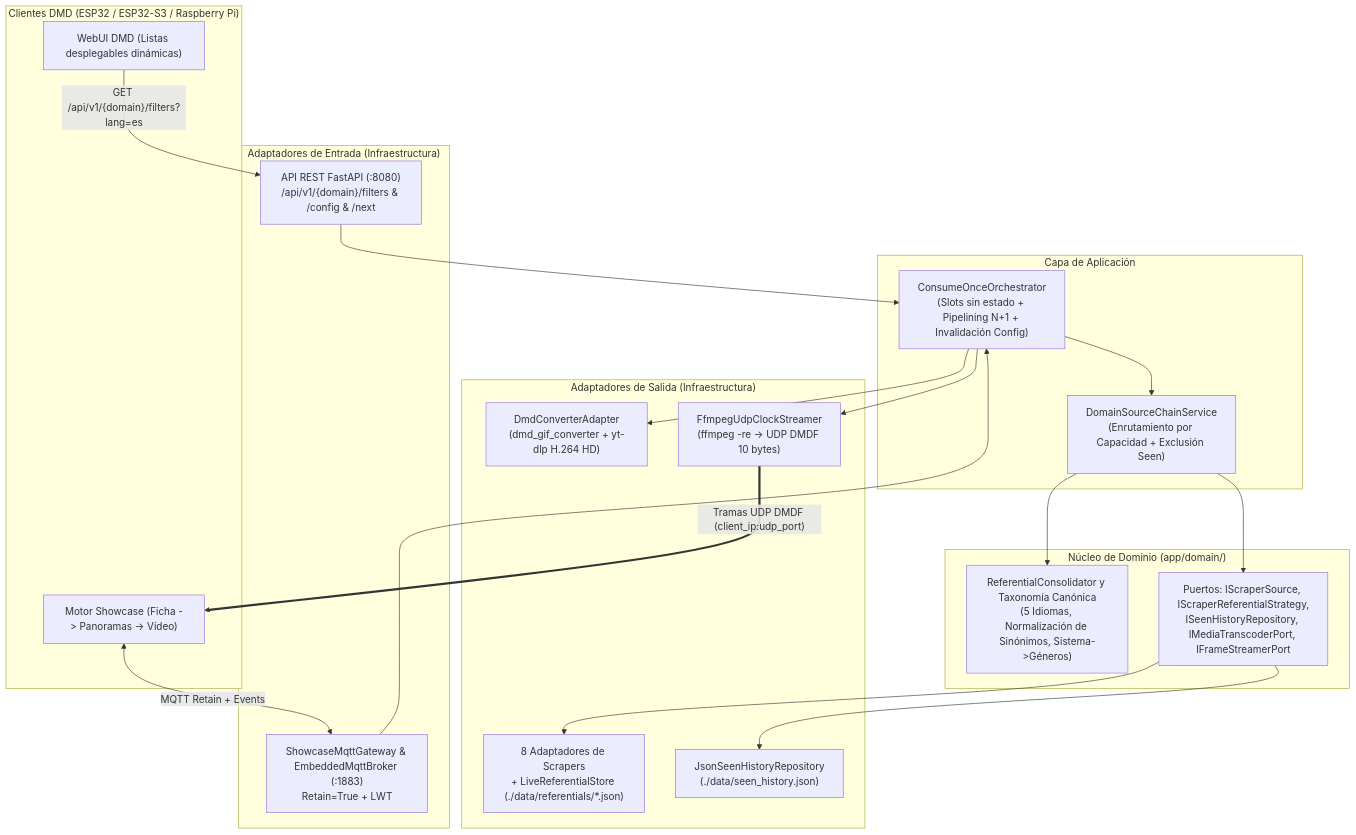
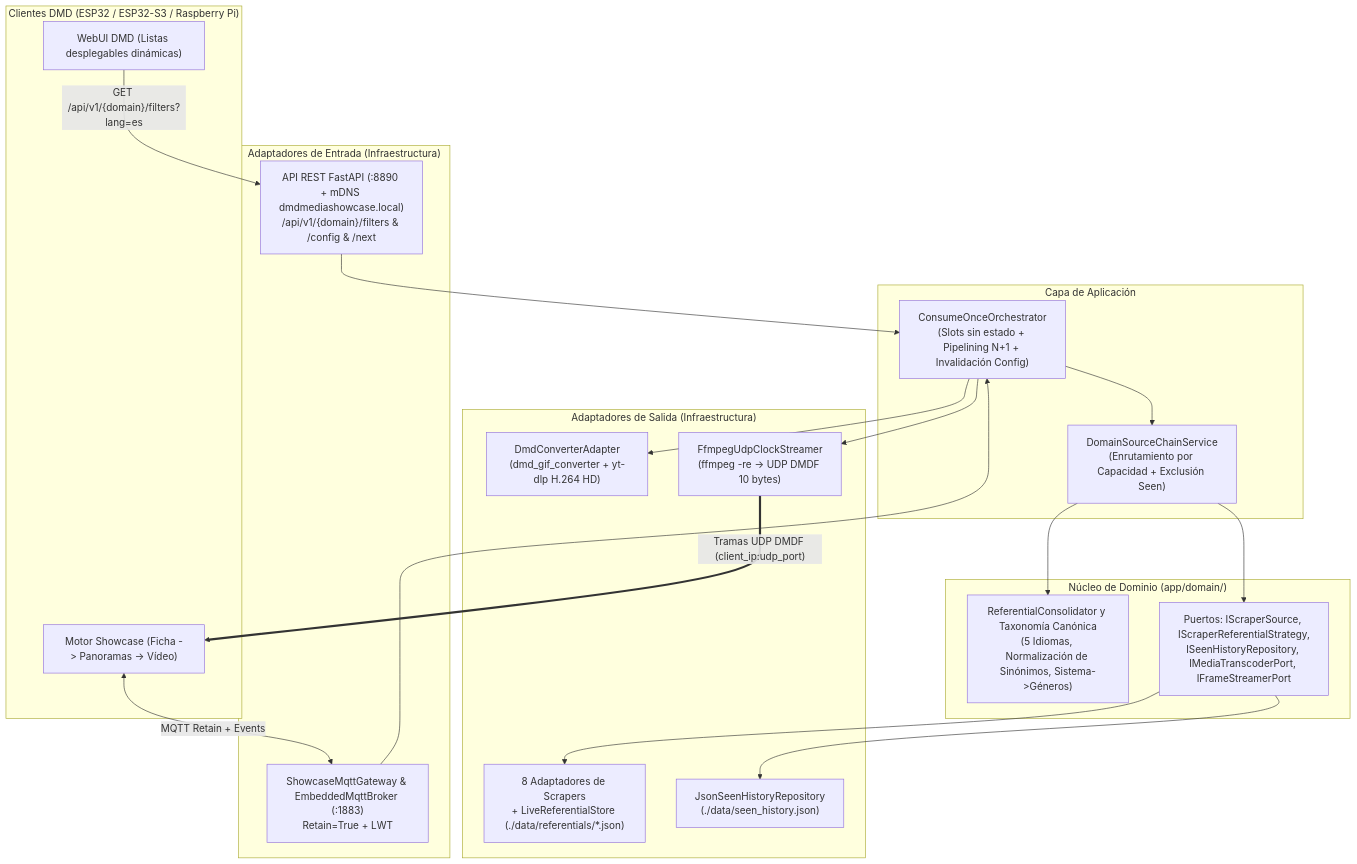
One commit to red77290/dmd_media_showcase changed the diagram in docs/ARCHITECTURE_ES.md. Above: the diagram before and after it, drawn with Mermaid. The commit also changed 33 other files, not shown here.

````diff
--- a/docs/ARCHITECTURE_ES.md
+++ b/docs/ARCHITECTURE_ES.md
@@ -12,42 +12,42 @@
 ```mermaid
 flowchart TD
     subgraph DMD["Clientes DMD (ESP32 / ESP32-S3 / Raspberry Pi)"]
         WUI["WebUI DMD (Listas desplegables dinámicas)"]
         ENG["Motor Showcase (Ficha -> Panoramas -> Vídeo)"]
     end
 
     subgraph INFRA_IN["Adaptadores de Entrada (Infraestructura)"]
-        HTTP["API REST FastAPI (:8080)\n/api/v1/{domain}/filters & /config & /next"]
+        HTTP["API REST FastAPI (:8890 + mDNS dmdmediashowcase.local)\n/api/v1/{domain}/filters & /config & /next"]
         MQTT["ShowcaseMqttGateway & EmbeddedMqttBroker (:1883)\nRetain=True + LWT"]
     end
 
     subgraph APP["Capa de Aplicación"]
         ORCH["ConsumeOnceOrchestrator\n(Slots sin estado + Pipelining N+1 + Invalidación Config)"]
         CHAIN["DomainSourceChainService\n(Enrutamiento por Capacidad + Exclusión Seen)"]
     end
 
     subgraph DOMAIN["Núcleo de Dominio (app/domain/)"]
         TAX["ReferentialConsolidator y Taxonomía Canónica\n(5 Idiomas, Normalización de Sinónimos, Sistema->Géneros)"]
         PORTS["Puertos: IScraperSource, IScraperReferentialStrategy,\nISeenHistoryRepository, IMediaTranscoderPort, IFrameStreamerPort"]
     end
 
     subgraph INFRA_OUT["Adaptadores de Salida (Infraestructura)"]
         SCRAPERS["8 Adaptadores de Scrapers\n+ LiveReferentialStore (./data/referentials/*.json)"]
         SEEN["JsonSeenHistoryRepository\n(./data/seen_history.json)"]
         CONV["DmdConverterAdapter\n(dmd_gif_converter + yt-dlp H.264 HD)"]
         UDP["FfmpegUdpClockStreamer\n(ffmpeg -re -> UDP DMDF 10 bytes)"]
     end
 
     WUI -->|"GET /api/v1/{domain}/filters?lang=es"| HTTP
     ENG <-->|"MQTT Retain + Events"| MQTT
     HTTP --> ORCH
     MQTT --> ORCH
     ORCH --> CHAIN
     ORCH --> CONV
     ORCH --> UDP
     CHAIN --> TAX
     CHAIN --> PORTS
     PORTS --> SCRAPERS
     PORTS --> SEEN
     UDP ==>|"Tramas UDP DMDF (client_ip:udp_port)"| ENG
 ```
````
